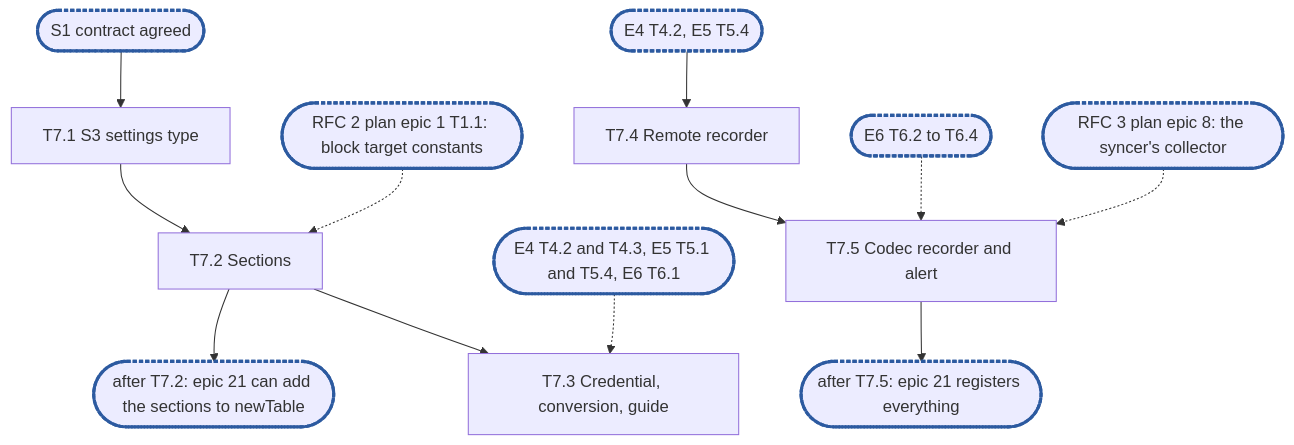
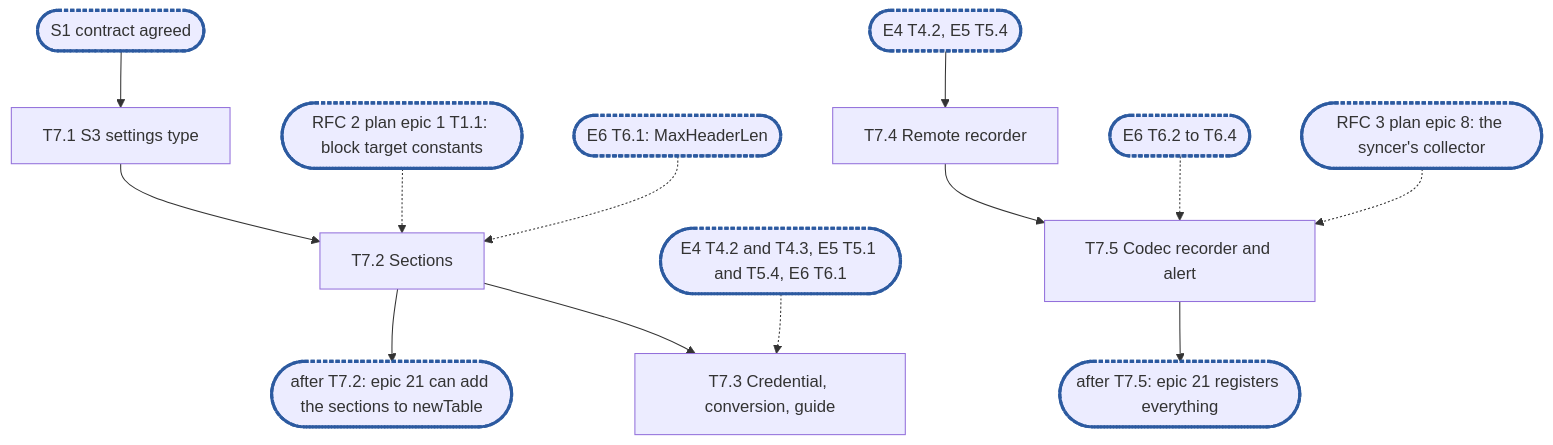
One commit to cubbit/dittofs changed the diagram in .planning/rfc-4-remote-tier-epic7.md. Above: the diagram before and after it, drawn with Mermaid. The commit also changed other lines of this file and 3 other files, not shown here.

````diff
--- a/.planning/rfc-4-remote-tier-epic7.md
+++ b/.planning/rfc-4-remote-tier-epic7.md
@@ -625,15 +702,16 @@
 ```mermaid
 flowchart TD
   S1(["S1 contract agreed"]):::sync --> T7_1["T7.1 S3 settings type"]
   R2E1(["RFC 2 plan epic 1 T1.1: block target constants"]):::sync -.-> T7_2
   T7_1 --> T7_2["T7.2 Sections"]
   T7_2 --> C1(["after T7.2: epic 21 can add the sections to newTable"]):::sync
   DEPS(["E4 T4.2 and T4.3, E5 T5.1 and T5.4, E6 T6.1"]):::sync -.-> T7_3
+  E6K(["E6 T6.1: MaxHeaderLen"]):::sync -.-> T7_2
   T7_2 --> T7_3["T7.3 Credential, conversion, guide"]
   REC(["E4 T4.2, E5 T5.4"]):::sync --> T7_4["T7.4 Remote recorder"]
   E6R(["E6 T6.2 to T6.4"]):::sync -.-> T7_5
   R3E8(["RFC 3 plan epic 8: the syncer's collector"]):::sync -.-> T7_5
   T7_4 --> T7_5["T7.5 Codec recorder and alert"]
   T7_5 --> C2(["after T7.5: epic 21 registers everything"]):::sync
   classDef sync stroke:#2c5aa0,stroke-width:3px,stroke-dasharray:4 2
 ```
````
